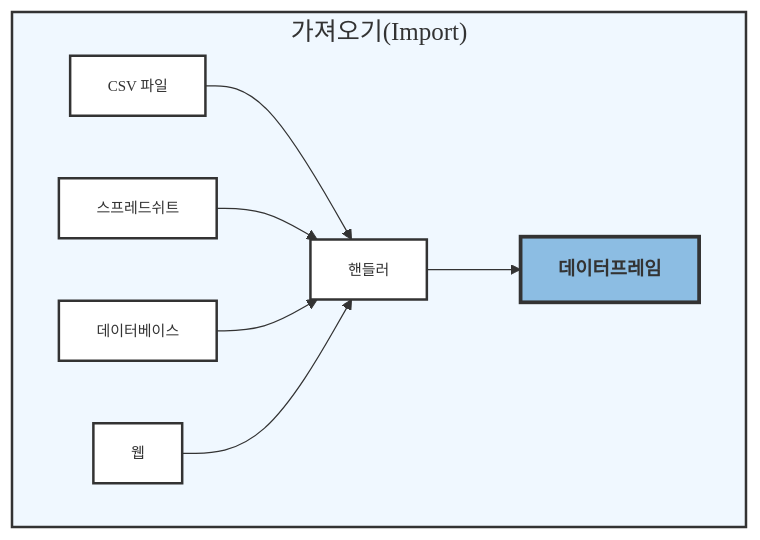
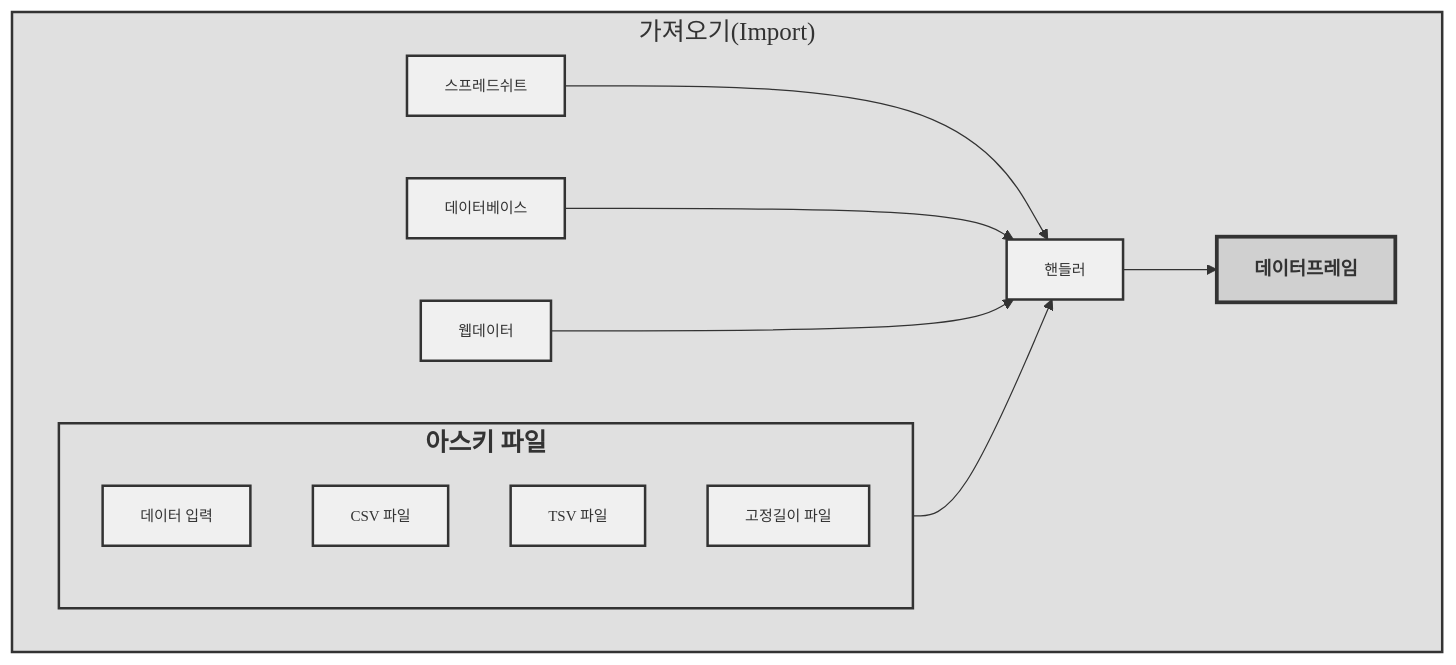
Before and after one commit to bit2r/chatGPT4ds: the second of 3 diagrams in ingest_file.qmd, drawn with Mermaid. The commit also changed other lines of this file and 52 other files, not shown here.

````diff
--- a/ingest_file.qmd
+++ b/ingest_file.qmd
@@ -335,23 +333,32 @@
 ```{mermaid}
 %%| label: fig-import-data
 %%| fig-cap: 다양한 데이터 종류
 %%| fig-align: center
 
 graph TB
-    subgraph 가져오기["가져오기(Import)"]
-        csv[CSV 파일] --> 핸들러
-        스프레드쉬트 --> 핸들러
-        데이터베이스 --> 핸들러
-        웹 --> 핸들러
 
-        핸들러 --> 데이터프레임
+subgraph 가져오기["가져오기(Import)"]
+
+    스프레드쉬트 --> 핸들러
+    데이터베이스 --> 핸들러
+    아스키 --> 핸들러
+    웹데이터 --> 핸들러
+    핸들러 --> 데이터프레임
+
+    subgraph 아스키["<strong>아스키 파일</strong>"]
+        데이터입력[데이터 입력]
+        csv[CSV 파일]
+        tsv[TSV 파일]
+        고정길이파일[고정길이 파일]
     end
-    
-    classDef modern fill:#fff,stroke:#333,stroke-width:2px,color:#333,font-family:MaruBuri,font-size:12px;
-    classDef emphasize fill:#8CBDE3,stroke:#333,stroke-width:3px,color:#333,font-family:MaruBuri,font-size:15px,font-weight:bold;
-    classDef subgraphStyle fill:#f0f8ff,stroke:#333,stroke-width:2px,color:#333,font-family:MaruBuri,font-size:20px;
-    
-    class csv,스프레드쉬트,데이터베이스,웹,핸들러 modern
-    class 데이터프레임 emphasize
-    class 가져오기 subgraphStyle
+
+end
+
+classDef modern fill:#f0f0f0,stroke:#333,stroke-width:2px,color:#333,font-family:MaruBuri,font-size:12px;
+classDef emphasize fill:#d0d0d0,stroke:#333,stroke-width:3px,color:#333,font-family:MaruBuri,font-size:15px,font-weight:bold;
+classDef subgraphStyle fill:#e0e0e0,stroke:#333,stroke-width:2px,color:#333,font-family:MaruBuri,font-size:20px;
+
+class csv,데이터입력,tsv,고정길이파일,스프레드쉬트,데이터베이스,웹데이터,핸들러 modern
+class 데이터프레임 emphasize
+class 아스키,가져오기 subgraphStyle
 ```    
````
